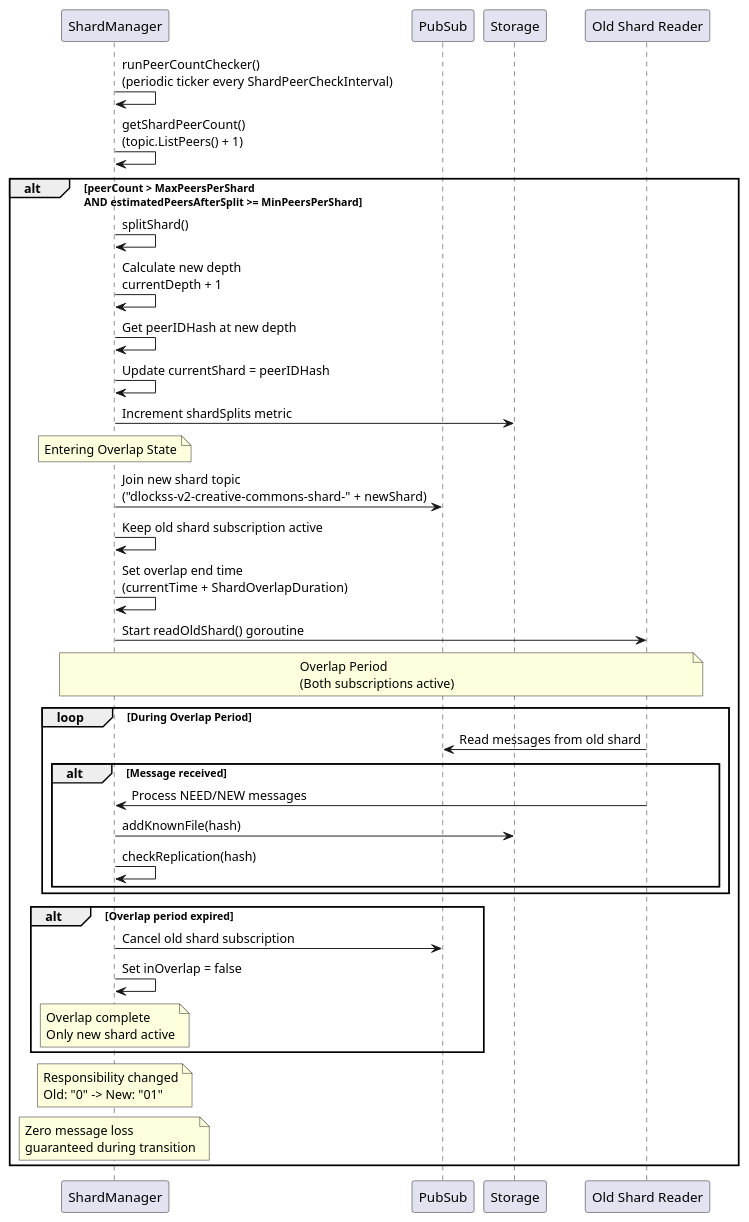
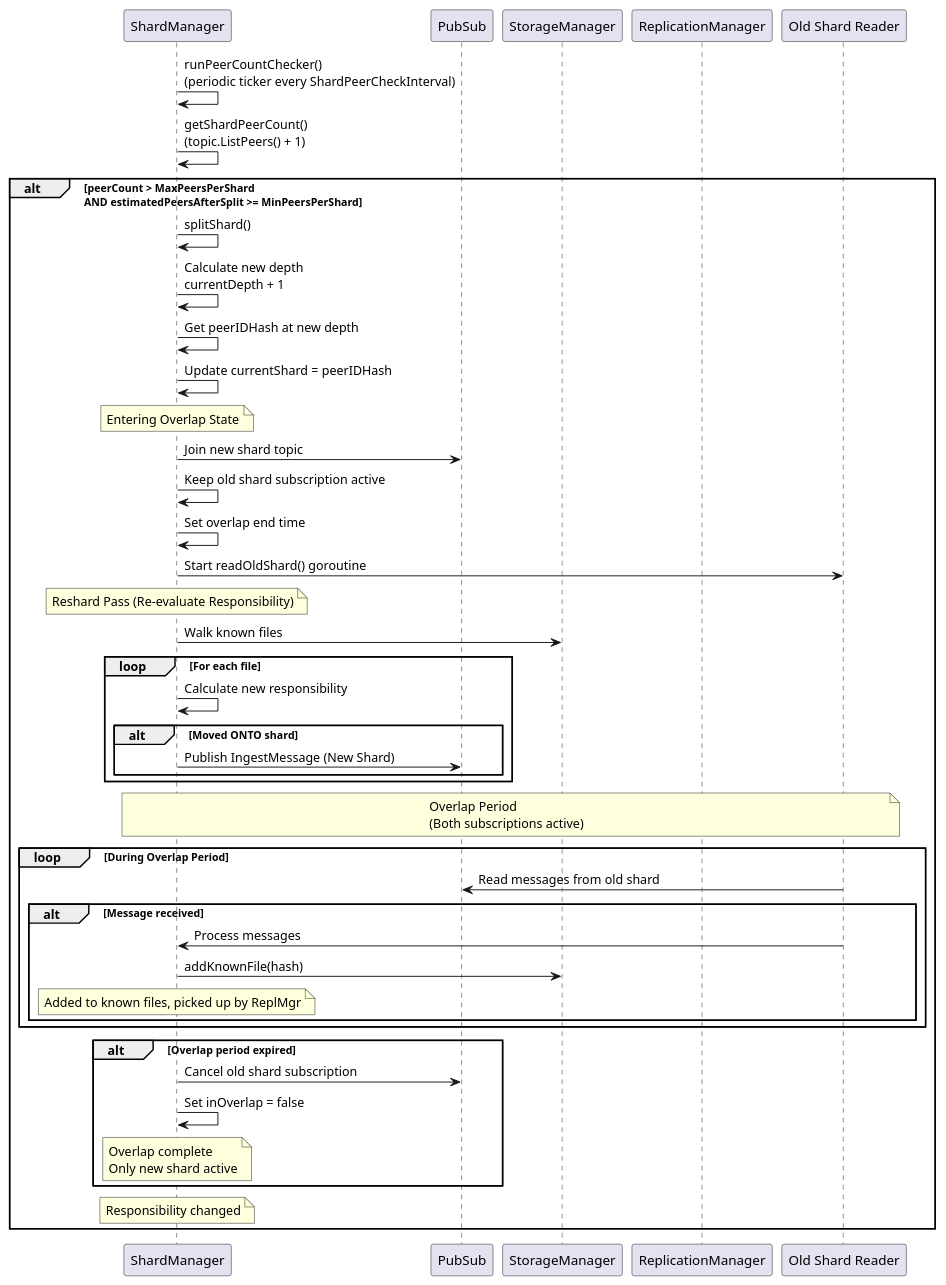
The diagram in docs/shard_split_sequence.puml (gipplab/D-LOCKSS), drawn with PlantUML before and after one commit. The commit also changed 32 other files, not shown here.

```diff
--- a/docs/shard_split_sequence.puml
+++ b/docs/shard_split_sequence.puml
@@ -1,46 +1,54 @@
 @startuml Shard Split Sequence
 
 participant "ShardManager" as ShardMgr
 participant "PubSub" as PubSub
-participant "Storage" as Storage
+participant "StorageManager" as Storage
+participant "ReplicationManager" as ReplMgr
 participant "Old Shard Reader" as OldReader
 
 ShardMgr -> ShardMgr: runPeerCountChecker()\n(periodic ticker every ShardPeerCheckInterval)
 ShardMgr -> ShardMgr: getShardPeerCount()\n(topic.ListPeers() + 1)
 
 alt peerCount > MaxPeersPerShard\nAND estimatedPeersAfterSplit >= MinPeersPerShard
     ShardMgr -> ShardMgr: splitShard()
     ShardMgr -> ShardMgr: Calculate new depth\ncurrentDepth + 1
     ShardMgr -> ShardMgr: Get peerIDHash at new depth
     ShardMgr -> ShardMgr: Update currentShard = peerIDHash
-    ShardMgr -> Storage: Increment shardSplits metric
     
     Note over ShardMgr: Entering Overlap State
     
-    ShardMgr -> PubSub: Join new shard topic\n("dlockss-v2-creative-commons-shard-" + newShard)
+    ShardMgr -> PubSub: Join new shard topic
     ShardMgr -> ShardMgr: Keep old shard subscription active
-    ShardMgr -> ShardMgr: Set overlap end time\n(currentTime + ShardOverlapDuration)
+    ShardMgr -> ShardMgr: Set overlap end time
     ShardMgr -> OldReader: Start readOldShard() goroutine
+    
+    Note over ShardMgr: Reshard Pass (Re-evaluate Responsibility)
+    ShardMgr -> Storage: Walk known files
+    loop For each file
+        ShardMgr -> ShardMgr: Calculate new responsibility
+        alt Moved ONTO shard
+             ShardMgr -> PubSub: Publish IngestMessage (New Shard)
+        end
+    end
     
     Note over ShardMgr,OldReader: Overlap Period\n(Both subscriptions active)
     
     loop During Overlap Period
         OldReader -> PubSub: Read messages from old shard
         alt Message received
-            OldReader -> ShardMgr: Process NEED/NEW messages
+            OldReader -> ShardMgr: Process messages
             ShardMgr -> Storage: addKnownFile(hash)
-            ShardMgr -> ShardMgr: checkReplication(hash)
+            Note over ShardMgr: Added to known files, picked up by ReplMgr
         end
     end
     
     alt Overlap period expired
         ShardMgr -> PubSub: Cancel old shard subscription
         ShardMgr -> ShardMgr: Set inOverlap = false
         Note over ShardMgr: Overlap complete\nOnly new shard active
     end
     
-    Note over ShardMgr: Responsibility changed\nOld: "0" -> New: "01"
-    Note over ShardMgr: Zero message loss\nguaranteed during transition
+    Note over ShardMgr: Responsibility changed
 end
 
 @enduml
```
